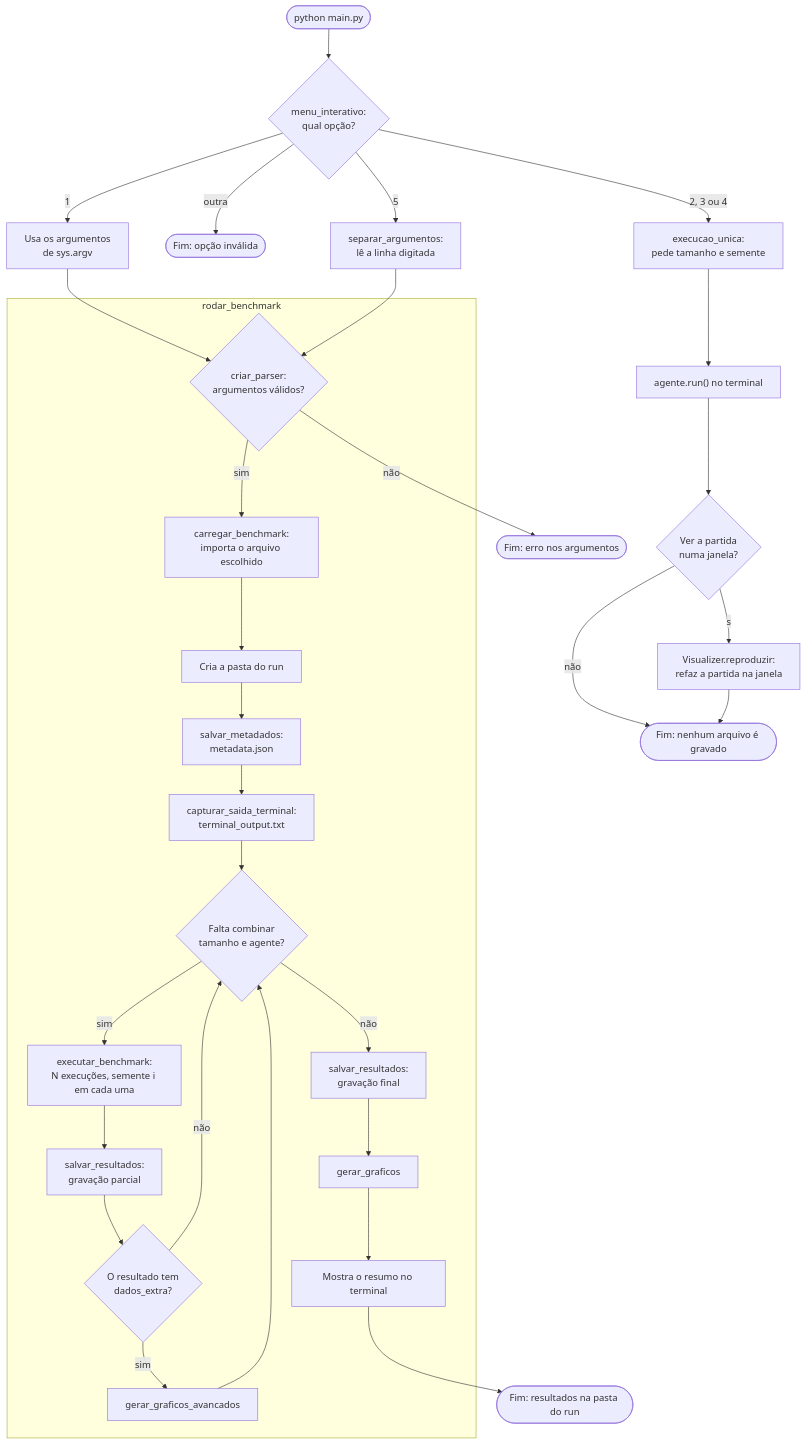
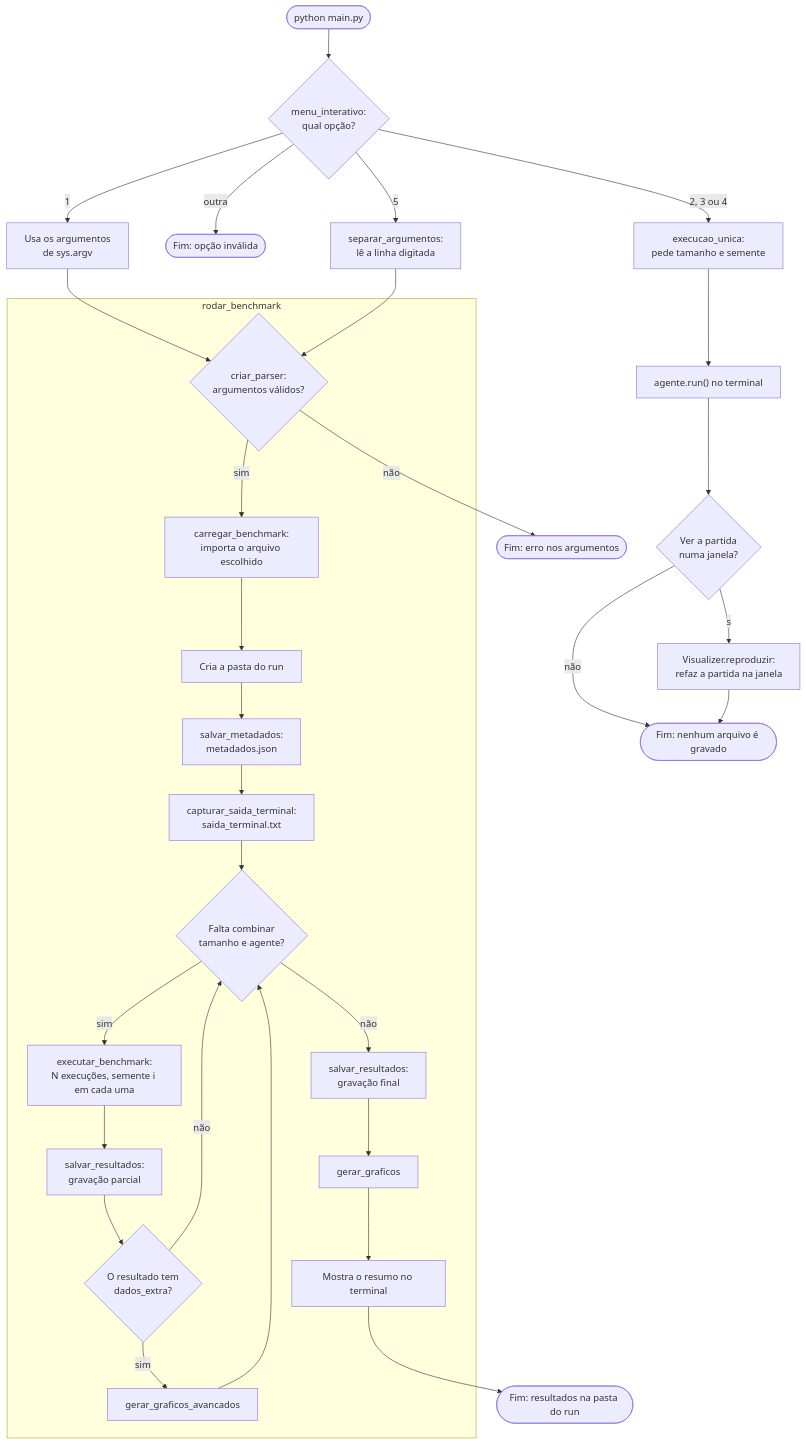
One commit to ingrid-kiki/wumpus_world_modular changed the diagram in docs/arquitetura/fluxo-geral.md. Above: the diagram before and after it, drawn with Mermaid. The commit also changed other lines of this file and 11 other files, not shown here.

````diff
--- a/docs/arquitetura/fluxo-geral.md
+++ b/docs/arquitetura/fluxo-geral.md
@@ -6,41 +6,41 @@
 ```mermaid
 flowchart TD
     inicio(["python main.py"]) --> menu{"menu_interativo:<br/>qual opção?"}
 
     menu -- "2, 3 ou 4" --> unica["execucao_unica:<br/>pede tamanho e semente"]
     unica --> executa["agente.run() no terminal"]
     executa --> janela{"Ver a partida<br/>numa janela?"}
     janela -- "s" --> reproduz["Visualizer.reproduzir:<br/>refaz a partida na janela"]
     janela -- "não" --> fimUnico(["Fim: nenhum arquivo é gravado"])
     reproduz --> fimUnico
 
     menu -- "outra" --> invalida(["Fim: opção inválida"])
 
     menu -- "1" --> args1["Usa os argumentos<br/>de sys.argv"]
     menu -- "5" --> args5["separar_argumentos:<br/>lê a linha digitada"]
     args1 --> validos
     args5 --> validos
 
     subgraph rodar["rodar_benchmark"]
         validos{"criar_parser:<br/>argumentos válidos?"}
         validos -- "sim" --> carregar["carregar_benchmark:<br/>importa o arquivo escolhido"]
         carregar --> pasta["Cria a pasta do run"]
-        pasta --> metadados["salvar_metadados:<br/>metadata.json"]
-        metadados --> captura["capturar_saida_terminal:<br/>terminal_output.txt"]
+        pasta --> metadados["salvar_metadados:<br/>metadados.json"]
+        metadados --> captura["capturar_saida_terminal:<br/>saida_terminal.txt"]
         captura --> falta{"Falta combinar<br/>tamanho e agente?"}
 
         falta -- "sim" --> benchmark["executar_benchmark:<br/>N execuções, semente i em cada uma"]
         benchmark --> parcial["salvar_resultados:<br/>gravação parcial"]
         parcial --> extras{"O resultado tem<br/>dados_extra?"}
         extras -- "sim" --> avancados["gerar_graficos_avancados"]
         extras -- "não" --> falta
         avancados --> falta
 
         falta -- "não" --> final["salvar_resultados:<br/>gravação final"]
         final --> graficos["gerar_graficos"]
         graficos --> resumo["Mostra o resumo no terminal"]
     end
 
     validos -- "não" --> erroArgs(["Fim: erro nos argumentos"])
     resumo --> fim(["Fim: resultados na pasta do run"])
 ```
````
